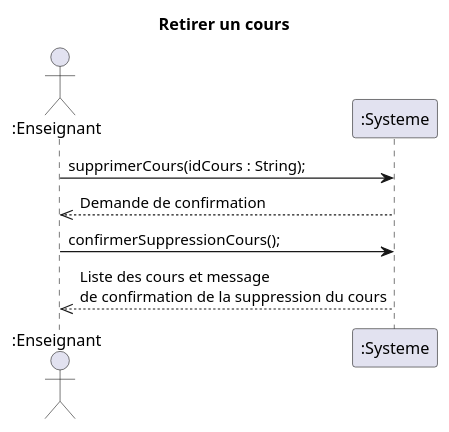
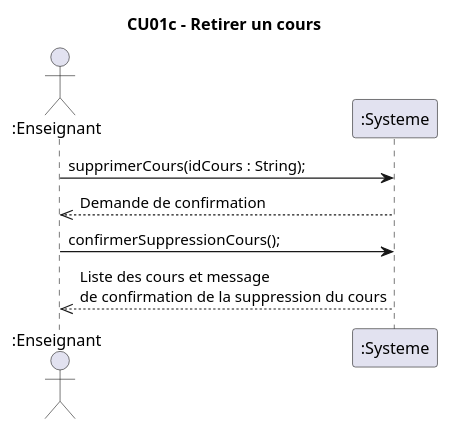
The diagram in docs/modeles/cu01/dss-retirer-cours.puml (xMrYahya/moodle-clone), drawn with PlantUML before and after one commit. The commit also changed 10 other files, not shown here.

```diff
--- a/docs/modeles/cu01/dss-retirer-cours.puml
+++ b/docs/modeles/cu01/dss-retirer-cours.puml
@@ -1,14 +1,14 @@
 @startuml
-title Retirer un cours
+title CU01c - Retirer un cours
 actor ":Enseignant" as e
 participant ":Systeme" as s
 
 e->s : supprimerCours(idCours : String);
 
 s-->>e : Demande de confirmation
 
 e->s : confirmerSuppressionCours();
 
 s-->>e : Liste des cours et message \nde confirmation de la suppression du cours
 
 @enduml
```
